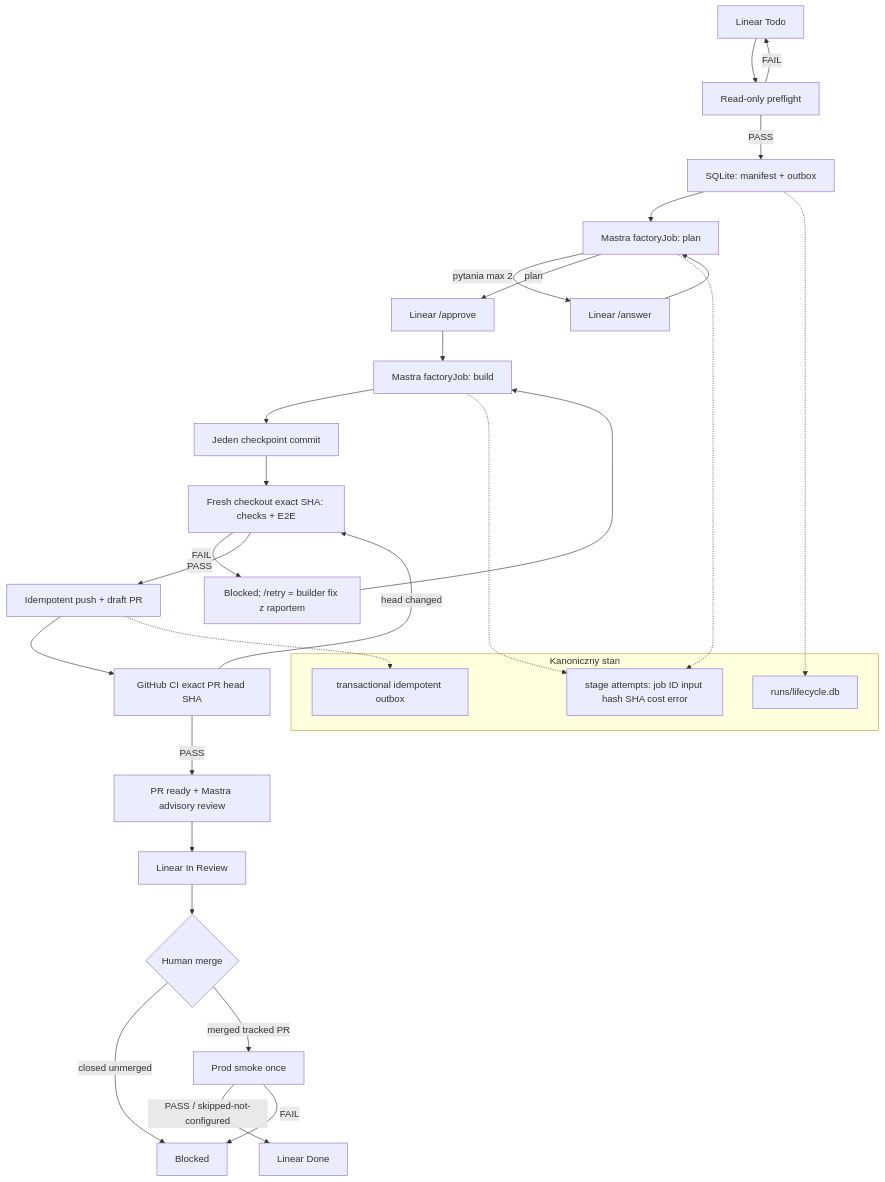
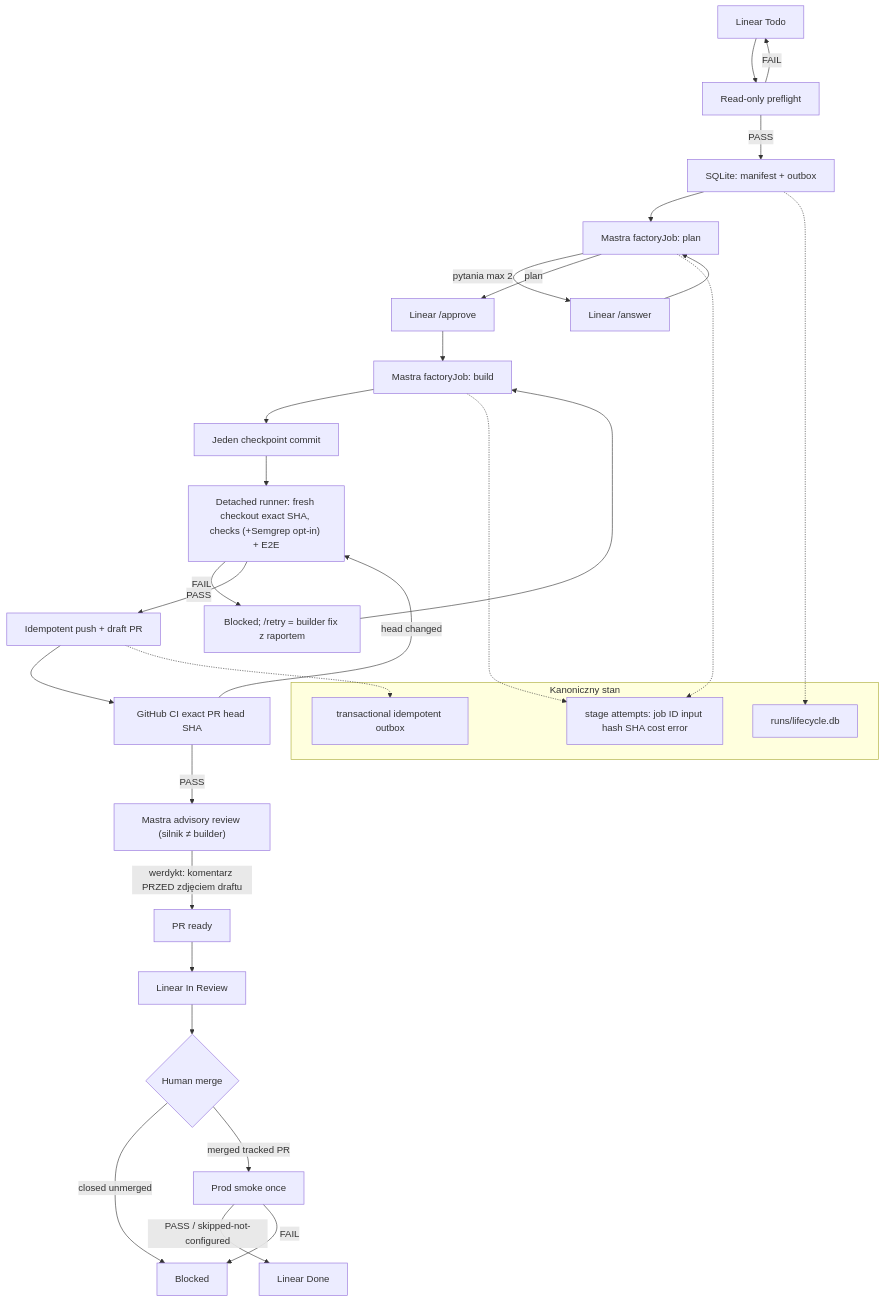
One commit to bartoszrychlicki/ai-software-factory changed the diagram in ai-factory/docs/ticket-flow.md. Above: the diagram before and after it, drawn with Mermaid. The commit also changed other lines of this file and 1 other file, not shown here.

Commit message:
docs: zaktualizuj gwarancje i flow po hardeningu (stall lease, detached testy, review-before-ready, serializacja planFiles)

````diff
--- a/ai-factory/docs/ticket-flow.md
+++ b/ai-factory/docs/ticket-flow.md
@@ -3,35 +3,36 @@
 ```mermaid
 flowchart TD
   A["Linear Todo"] --> B["Read-only preflight"]
   B -- "FAIL" --> A
   B -- "PASS" --> C["SQLite: manifest + outbox"]
   C --> D["Mastra factoryJob: plan"]
   D -- "pytania max 2" --> E["Linear /answer"]
   E --> D
   D -- "plan" --> F["Linear /approve"]
   F --> G["Mastra factoryJob: build"]
   G --> H["Jeden checkpoint commit"]
-  H --> I["Fresh checkout exact SHA: checks + E2E"]
+  H --> I["Detached runner: fresh checkout exact SHA, checks (+Semgrep opt-in) + E2E"]
   I -- "FAIL" --> J["Blocked; /retry = builder fix z raportem"]
   J --> G
   I -- "PASS" --> K["Idempotent push + draft PR"]
   K --> L["GitHub CI exact PR head SHA"]
   L -- "head changed" --> I
-  L -- "PASS" --> M["PR ready + Mastra advisory review"]
-  M --> N["Linear In Review"]
+  L -- "PASS" --> M["Mastra advisory review (silnik ≠ builder)"]
+  M -- "werdykt: komentarz PRZED zdjęciem draftu" --> M2["PR ready"]
+  M2 --> N["Linear In Review"]
   N --> O{"Human merge"}
   O -- "closed unmerged" --> X["Blocked"]
   O -- "merged tracked PR" --> P["Prod smoke once"]
   P -- "PASS / skipped-not-configured" --> Q["Linear Done"]
   P -- "FAIL" --> X
 
   subgraph Durable["Kanoniczny stan"]
     R["runs/lifecycle.db"]
     S["stage attempts: job ID input hash SHA cost error"]
     T["transactional idempotent outbox"]
   end
   C -.-> R
   D -.-> S
   G -.-> S
   K -.-> T
 ```
````
